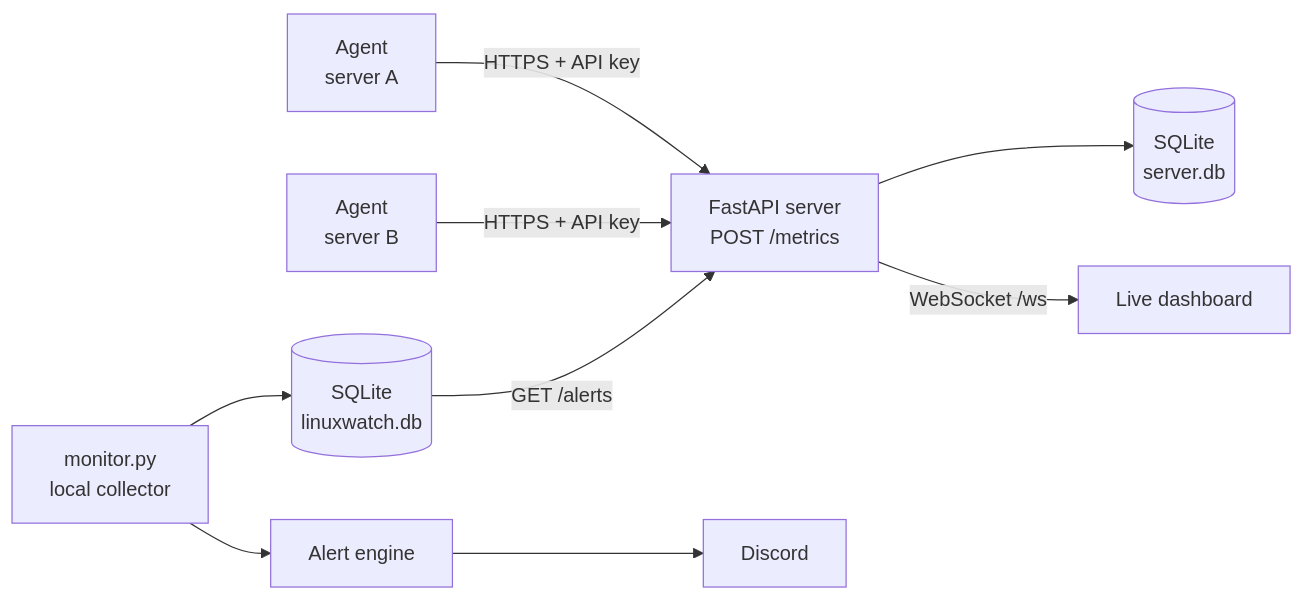
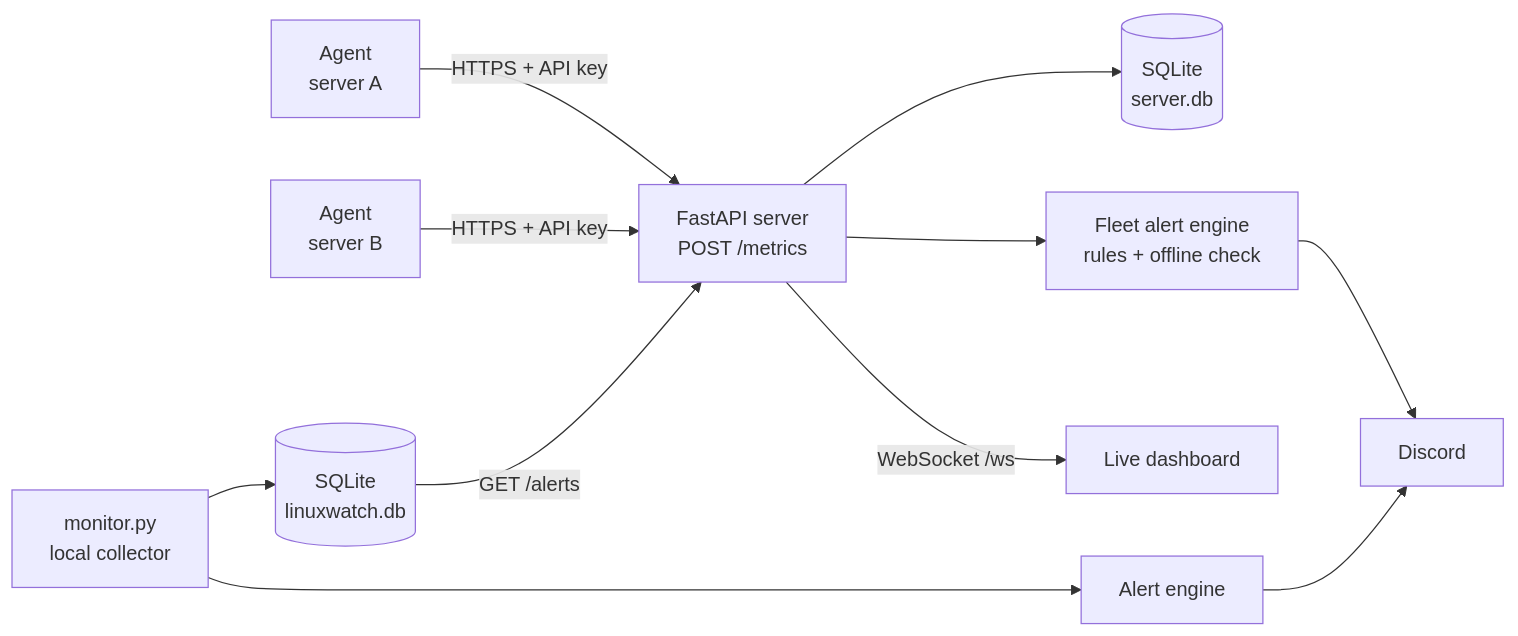
Before and after one commit to JewelSphy/linuxwatch: the diagram in README.md, drawn with Mermaid. The commit also changed other lines of this file and 9 other files, not shown here.

First line of the commit message:
Add node detail page, fleet-wide alert rules, and dashboard redesign

````diff
--- a/README.md
+++ b/README.md
@@ -53,11 +56,13 @@
 ```mermaid
 flowchart LR
     A1["Agent<br/>server A"] -->|"HTTPS + API key"| API
     A2["Agent<br/>server B"] -->|"HTTPS + API key"| API
     API["FastAPI server<br/>POST /metrics"] --> DB[("SQLite<br/>server.db")]
+    API --> FA["Fleet alert engine<br/>rules + offline check"]
+    FA --> D
     API -->|"WebSocket /ws"| UI["Live dashboard"]
     M["monitor.py<br/>local collector"] --> LDB[("SQLite<br/>linuxwatch.db")]
     M --> AL["Alert engine"]
     AL --> D["Discord"]
     LDB -->|"GET /alerts"| API
 ```
````
